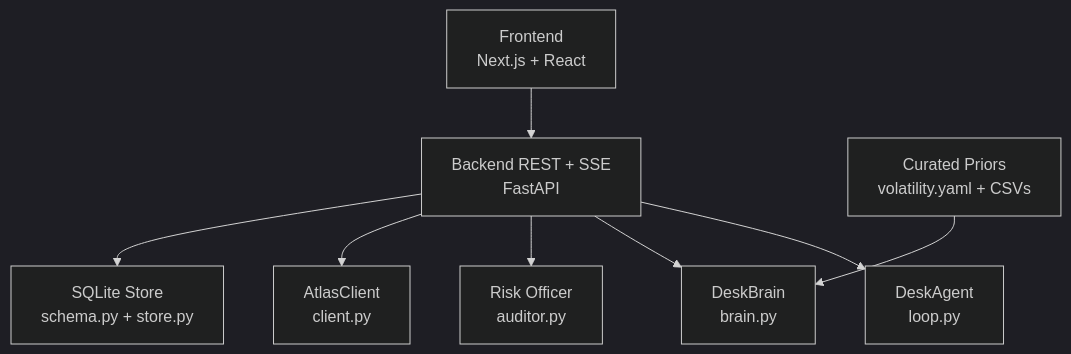
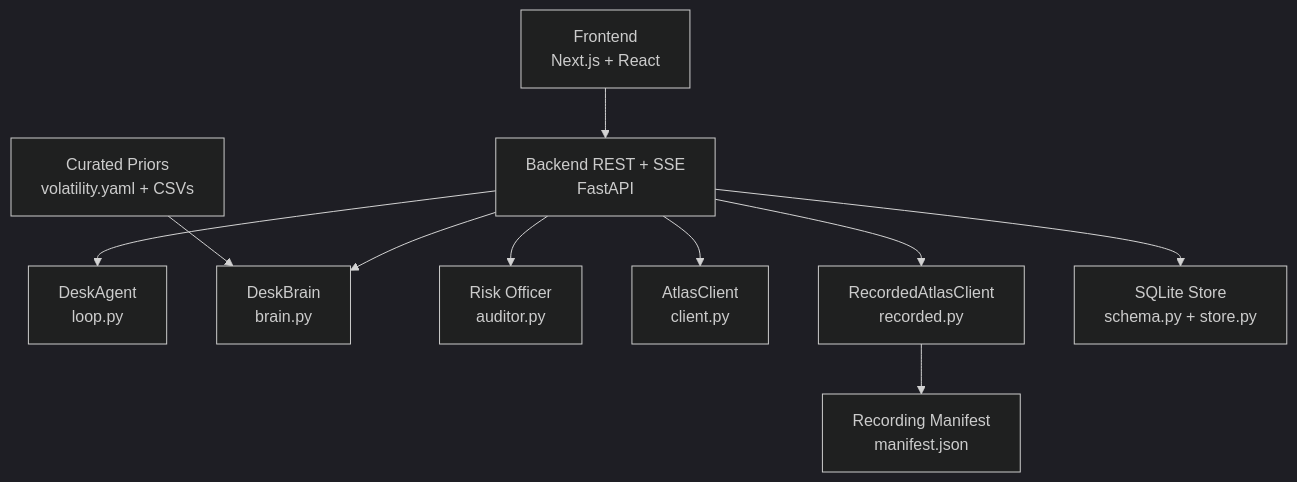
The first of 3 diagrams in .qoder/repowiki/en/content/Implementation Slices.md (jaydonnnk/waypoint), drawn with Mermaid (dark theme) before and after one commit. The commit also changed other lines of this file and 9 other files, not shown here.

````diff
--- a/.qoder/repowiki/en/content/Implementation Slices.md
+++ b/.qoder/repowiki/en/content/Implementation Slices.md
@@ -65,10 +63,12 @@
 ```mermaid
 graph TB
 FE["Frontend<br/>Next.js + React"] --> API["Backend REST + SSE<br/>FastAPI"]
 API --> AGENT["DeskAgent<br/>loop.py"]
 API --> BRAIN["DeskBrain<br/>brain.py"]
 API --> AUDITOR["Risk Officer<br/>auditor.py"]
 API --> ATLAS["AtlasClient<br/>client.py"]
+API --> RECORD["RecordedAtlasClient<br/>recorded.py"]
 API --> DB["SQLite Store<br/>schema.py + store.py"]
 DATA["Curated Priors<br/>volatility.yaml + CSVs"] --> BRAIN
+RECORD --> MANIFEST["Recording Manifest<br/>manifest.json"]
 ```
````
